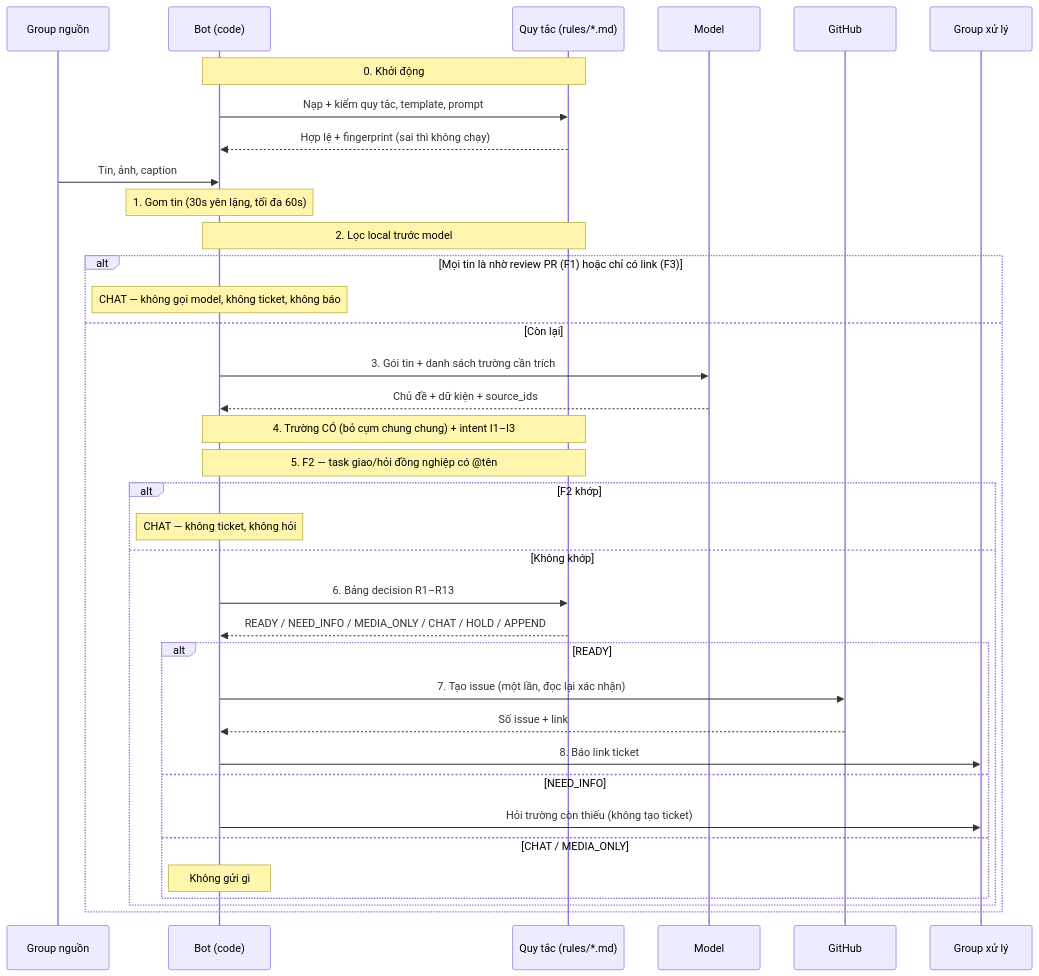
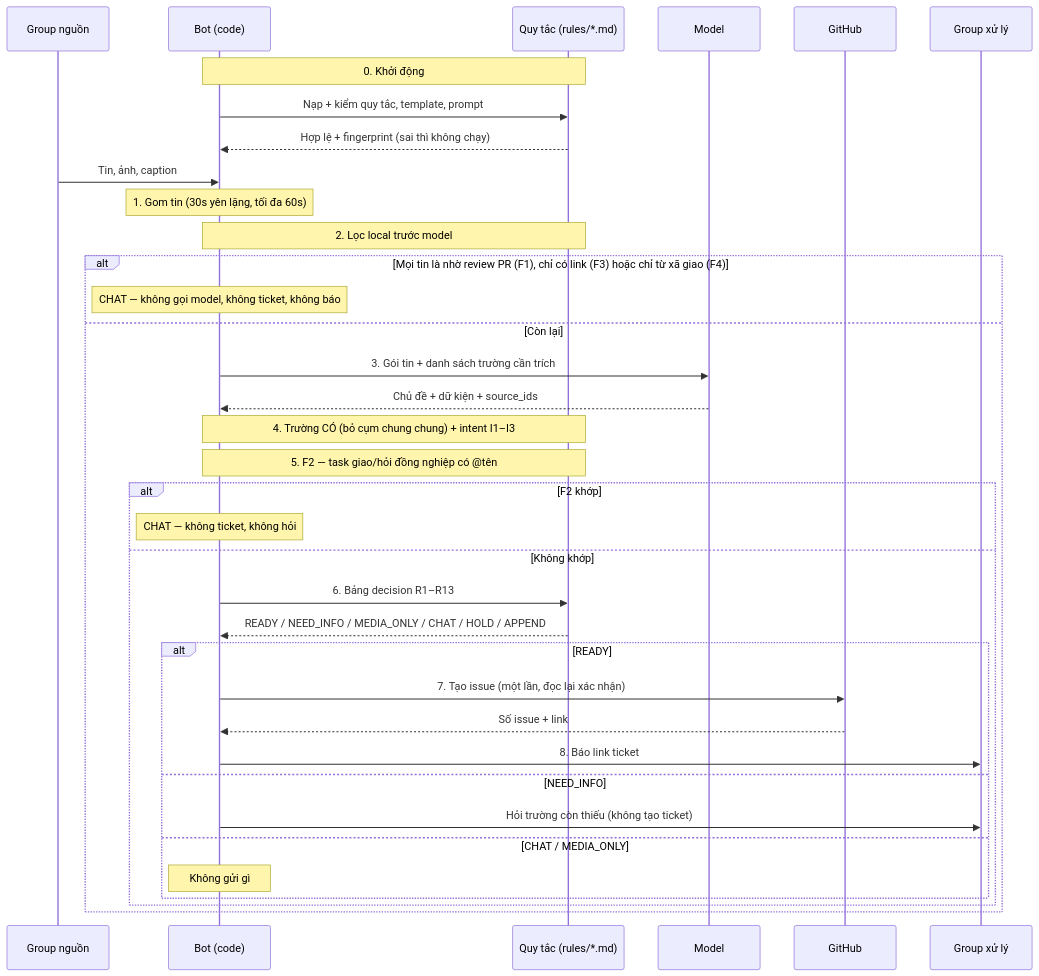
Before and after one commit to SotaThao/Listener-ticket: the third of 8 diagrams in Docs/01-product/telegram-triage-noissue_business-flow_261028_v1.0.0.md, drawn with Mermaid. The commit also changed other lines of this file and 10 other files, not shown here.

````diff
--- a/Docs/01-product/telegram-triage-noissue_business-flow_261028_v1.0.0.md
+++ b/Docs/01-product/telegram-triage-noissue_business-flow_261028_v1.0.0.md
@@ -192,41 +192,41 @@
 ```mermaid
 sequenceDiagram
     participant TG as Group nguồn
     participant Bot as Bot (code)
     participant R as Quy tắc (rules/*.md)
     participant M as Model
     participant GH as GitHub
     participant OPS as Group xử lý
 
     Note over Bot,R: 0. Khởi động
     Bot->>R: Nạp + kiểm quy tắc, template, prompt
     R-->>Bot: Hợp lệ + fingerprint (sai thì không chạy)
 
     TG->>Bot: Tin, ảnh, caption
     Note over Bot: 1. Gom tin (30s yên lặng, tối đa 60s)
 
     Note over Bot,R: 2. Lọc local trước model
-    alt Mọi tin là nhờ review PR (F1) hoặc chỉ có link (F3)
+    alt Mọi tin là nhờ review PR (F1), chỉ có link (F3) hoặc chỉ từ xã giao (F4)
         Note over Bot: CHAT — không gọi model, không ticket, không báo
     else Còn lại
         Bot->>M: 3. Gói tin + danh sách trường cần trích
         M-->>Bot: Chủ đề + dữ kiện + source_ids
         Note over Bot,R: 4. Trường CÓ (bỏ cụm chung chung) + intent I1–I3
         Note over Bot,R: 5. F2 — task giao/hỏi đồng nghiệp có @tên
         alt F2 khớp
             Note over Bot: CHAT — không ticket, không hỏi
         else Không khớp
             Bot->>R: 6. Bảng decision R1–R13
             R-->>Bot: READY / NEED_INFO / MEDIA_ONLY / CHAT / HOLD / APPEND
             alt READY
                 Bot->>GH: 7. Tạo issue (một lần, đọc lại xác nhận)
                 GH-->>Bot: Số issue + link
                 Bot->>OPS: 8. Báo link ticket
             else NEED_INFO
                 Bot->>OPS: Hỏi trường còn thiếu (không tạo ticket)
             else CHAT / MEDIA_ONLY
                 Note over Bot: Không gửi gì
             end
         end
     end
 ```
````
